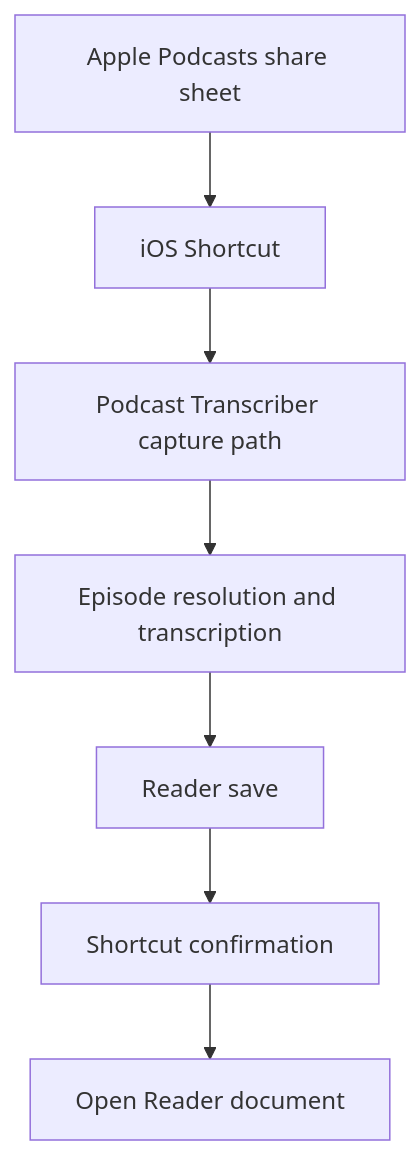
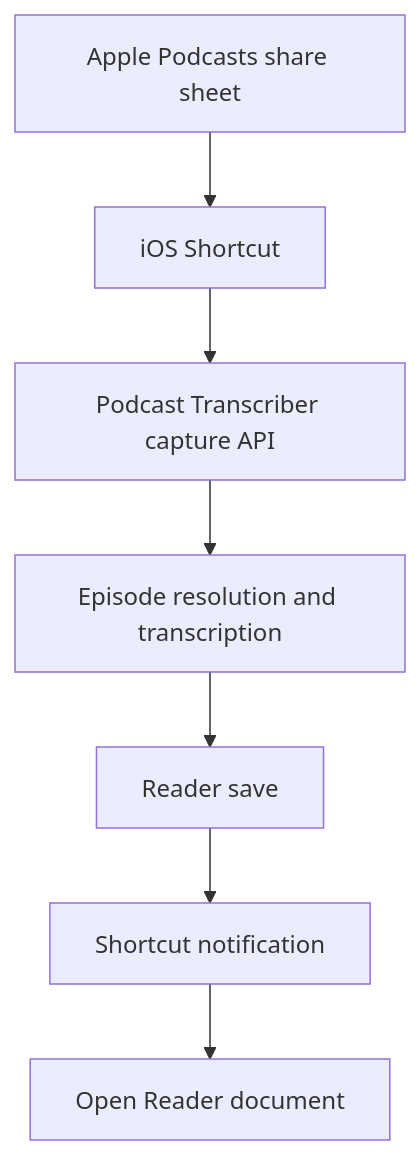
The first of 2 diagrams in docs/plans/2026-07-06-001-feat-apple-podcasts-share-to-reader-plan.md (jngo/podcast-transcriber), drawn with Mermaid before and after one commit. The commit also changed other lines of this file and 18 other files, not shown here.

````diff
--- a/docs/plans/2026-07-06-001-feat-apple-podcasts-share-to-reader-plan.md
+++ b/docs/plans/2026-07-06-001-feat-apple-podcasts-share-to-reader-plan.md
@@ -80,9 +81,9 @@
 ```mermaid
 flowchart TB
   A["Apple Podcasts share sheet"] --> B["iOS Shortcut"]
-  B --> C["Podcast Transcriber capture path"]
+  B --> C["Podcast Transcriber capture API"]
   C --> D["Episode resolution and transcription"]
   D --> E["Reader save"]
-  E --> F["Shortcut confirmation"]
+  E --> F["Shortcut notification"]
   F --> G["Open Reader document"]
 ```
````
